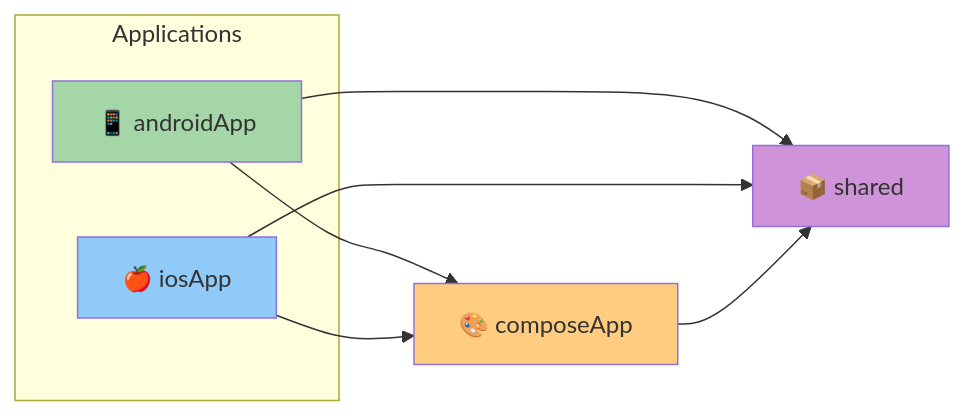
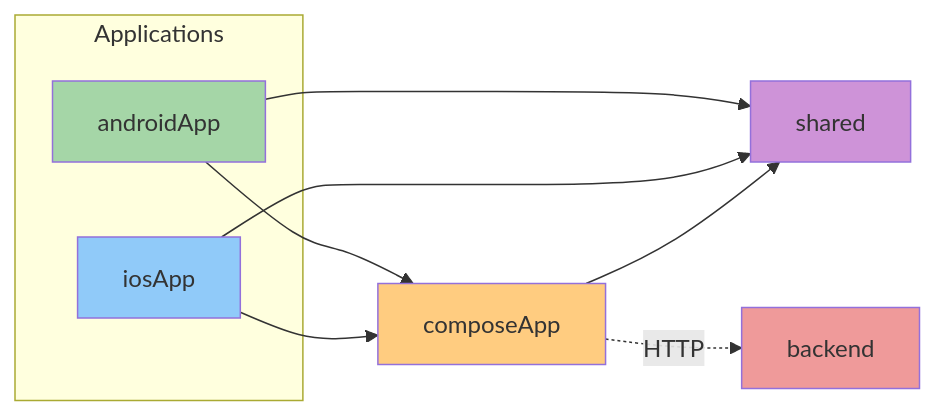
One commit to kundan35/Siddhika changed the third of 6 diagrams in README.md. Above: the diagram before and after it, drawn with Mermaid. The commit also changed other lines of this file, not shown here.

First line of the commit message:
Update README with backend API docs, UiState pattern, and auth features

````diff
--- a/README.md
+++ b/README.md
@@ -319,21 +192,24 @@
 ```mermaid
 graph LR
     subgraph Apps["Applications"]
-        A["📱 androidApp"]
-        I["🍎 iosApp"]
+        A["androidApp"]
+        I["iosApp"]
     end
 
-    C["🎨 composeApp"]
-    S["📦 shared"]
+    C["composeApp"]
+    S["shared"]
+    B["backend"]
 
     A --> C
     A --> S
     I --> C
     I --> S
     C --> S
+    C -.->|HTTP| B
 
     style A fill:#a5d6a7
     style I fill:#90caf9
     style C fill:#ffcc80
     style S fill:#ce93d8
+    style B fill:#ef9a9a
 ```
````
